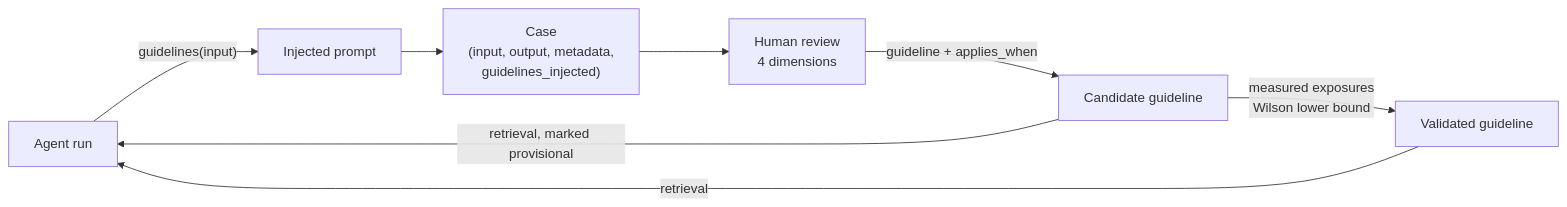
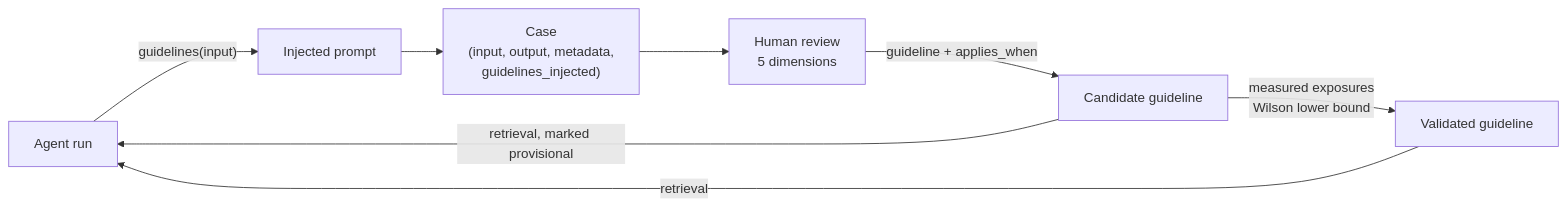
One commit to alinaqi/humanvals changed the diagram in README.md. Above: the diagram before and after it, drawn with Mermaid. The commit also changed other lines of this file and 21 other files, not shown here.

````diff
--- a/README.md
+++ b/README.md
@@ -20,10 +20,10 @@
 ```mermaid
 flowchart LR
     A[Agent run] -->|"guidelines(input)"| B[Injected prompt]
     B --> C["Case<br/>(input, output, metadata,<br/>guidelines_injected)"]
-    C --> D["Human review<br/>4 dimensions"]
+    C --> D["Human review<br/>5 dimensions"]
     D -->|"guideline + applies_when"| E[Candidate guideline]
     E -->|"measured exposures<br/>Wilson lower bound"| F[Validated guideline]
     F -->|retrieval| A
     E -->|"retrieval, marked provisional"| A
 ```
````
